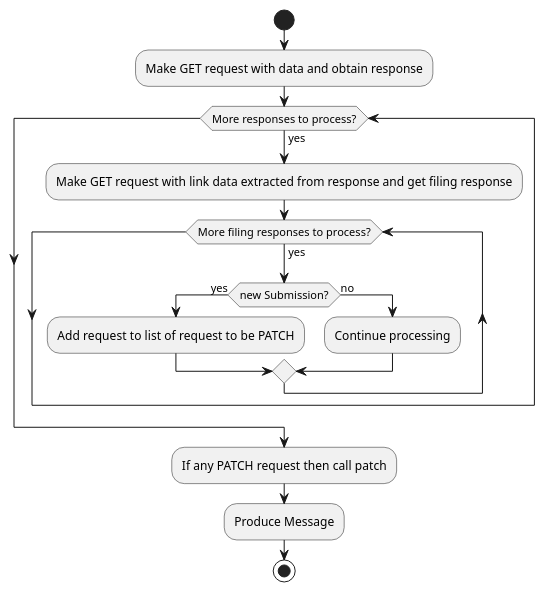
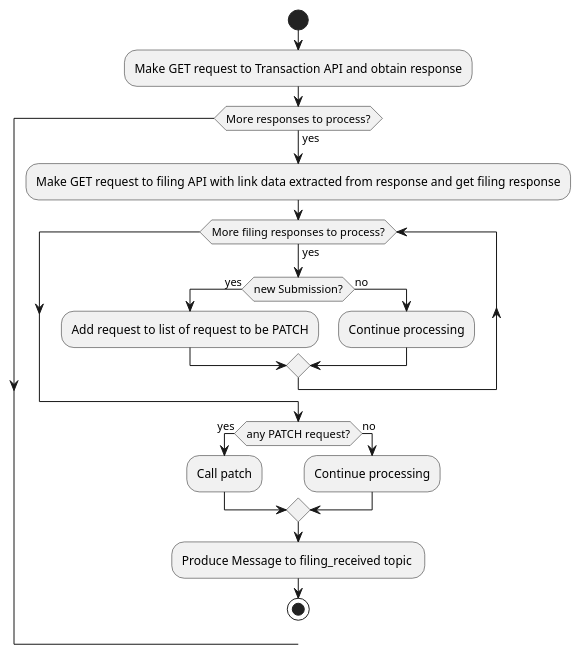
One commit to companieshouse/filing-resource-handler-java changed the diagram in docs/design/processing.puml. Above: the diagram before and after it, drawn with PlantUML. The commit also changed 3 other files, not shown here.

```diff
--- a/docs/design/processing.puml
+++ b/docs/design/processing.puml
@@ -1,17 +1,20 @@
-@startuml message_processing
+@startuml processing message via transaction_closed topic
 start
-  :Make GET request with data and obtain response;
+  :Make GET request to Transaction API and obtain response;
   while (More responses to process?) is (yes)
-    :Make GET request with link data extracted from response and get filing response;
+    :Make GET request to filing API with link data extracted from response and get filing response;
     while (More filing responses to process?) is (yes)
       if (new Submission?) then (yes)
         :Add request to list of request to be PATCH;
       else (no)
         :Continue processing;
       endif
     endwhile
-  endwhile
-  :If any PATCH request then call patch;
-  :Produce Message;
+  if (any PATCH request?) then (yes)
+    :Call patch;
+  else (no)
+    :Continue processing;
+  endif
+  :Produce Message to filing_received topic ;
 stop
 @enduml
```
